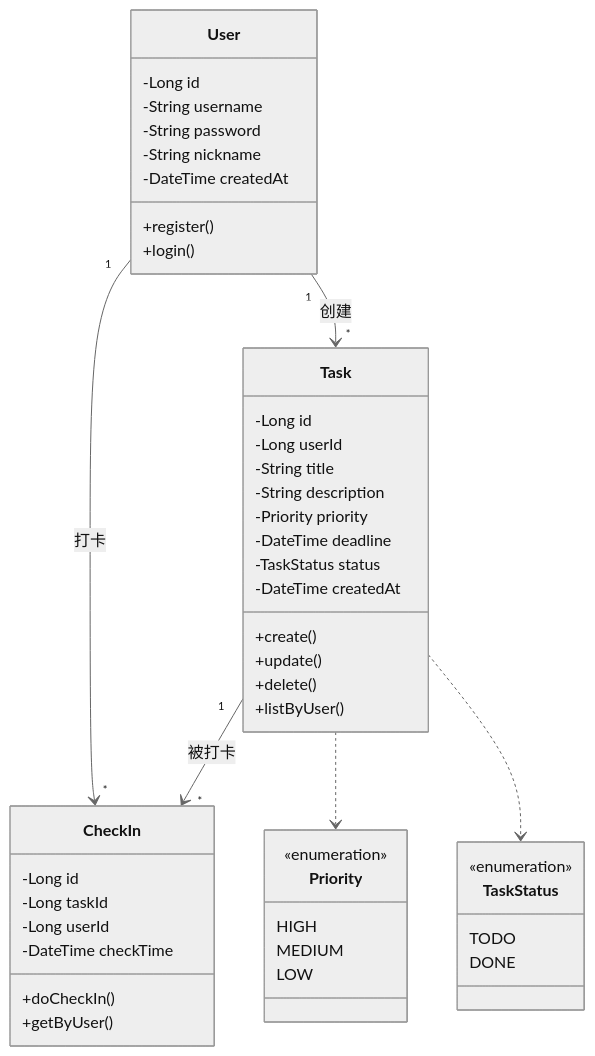
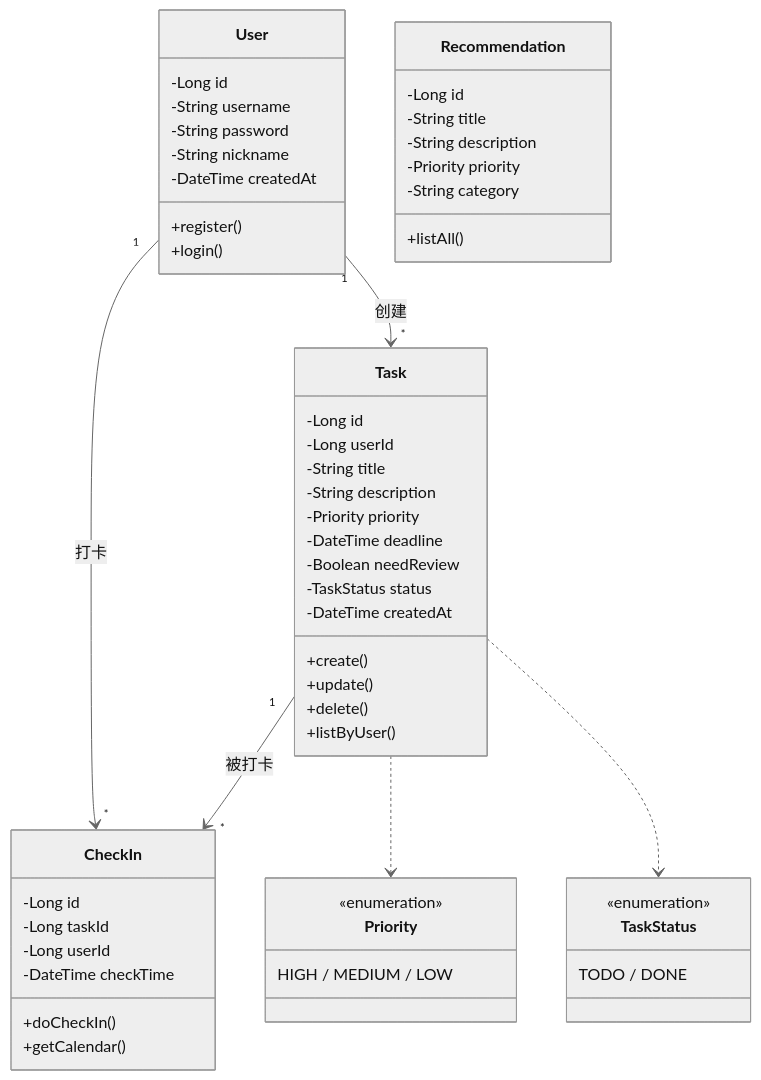
Before and after one commit to TonyzzZ666/Study-Agent: the sixth of 7 diagrams in 需求报告.md, drawn with Mermaid (neutral theme). The commit also changed other lines of this file and 1 other file, not shown here.

Commit message:
v3.2: 加回全部功能点（推荐/提醒/日历/图表），用最简单方式实现

````diff
--- a/需求报告.md
+++ b/需求报告.md
@@ -167,55 +194,62 @@
 ```mermaid
 classDiagram
     class User {
         -Long id
         -String username
         -String password
         -String nickname
         -DateTime createdAt
         +register()
         +login()
     }
 
     class Task {
         -Long id
         -Long userId
         -String title
         -String description
         -Priority priority
         -DateTime deadline
+        -Boolean needReview
         -TaskStatus status
         -DateTime createdAt
         +create()
         +update()
         +delete()
         +listByUser()
     }
 
     class CheckIn {
         -Long id
         -Long taskId
         -Long userId
         -DateTime checkTime
         +doCheckIn()
-        +getByUser()
+        +getCalendar()
+    }
+
+    class Recommendation {
+        -Long id
+        -String title
+        -String description
+        -Priority priority
+        -String category
+        +listAll()
     }
 
     class Priority {
         <<enumeration>>
-        HIGH
-        MEDIUM
-        LOW
+        HIGH / MEDIUM / LOW
     }
 
     class TaskStatus {
         <<enumeration>>
-        TODO
-        DONE
+        TODO / DONE
     }
 
     User "1" --> "*" Task : 创建
     User "1" --> "*" CheckIn : 打卡
     Task "1" --> "*" CheckIn : 被打卡
     Task ..> Priority
     Task ..> TaskStatus
 ```
````
